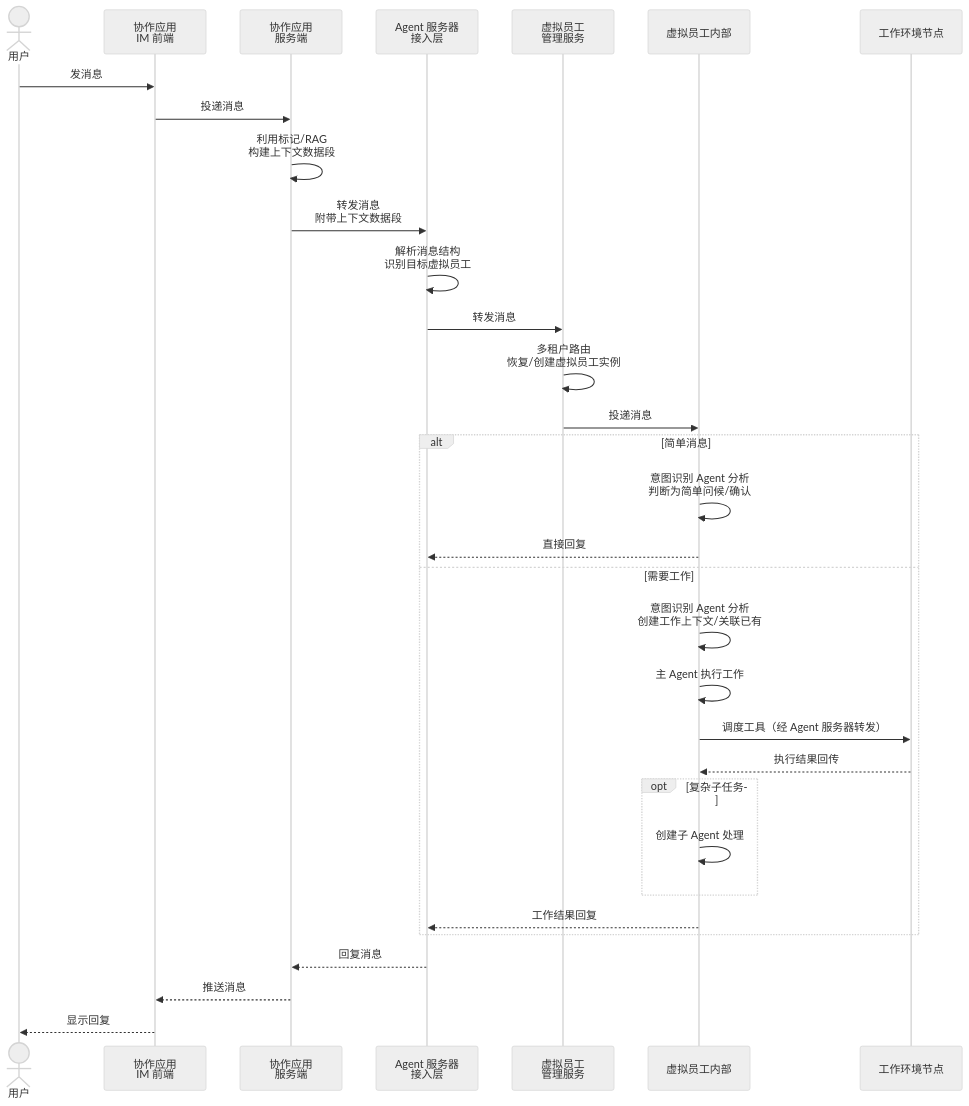
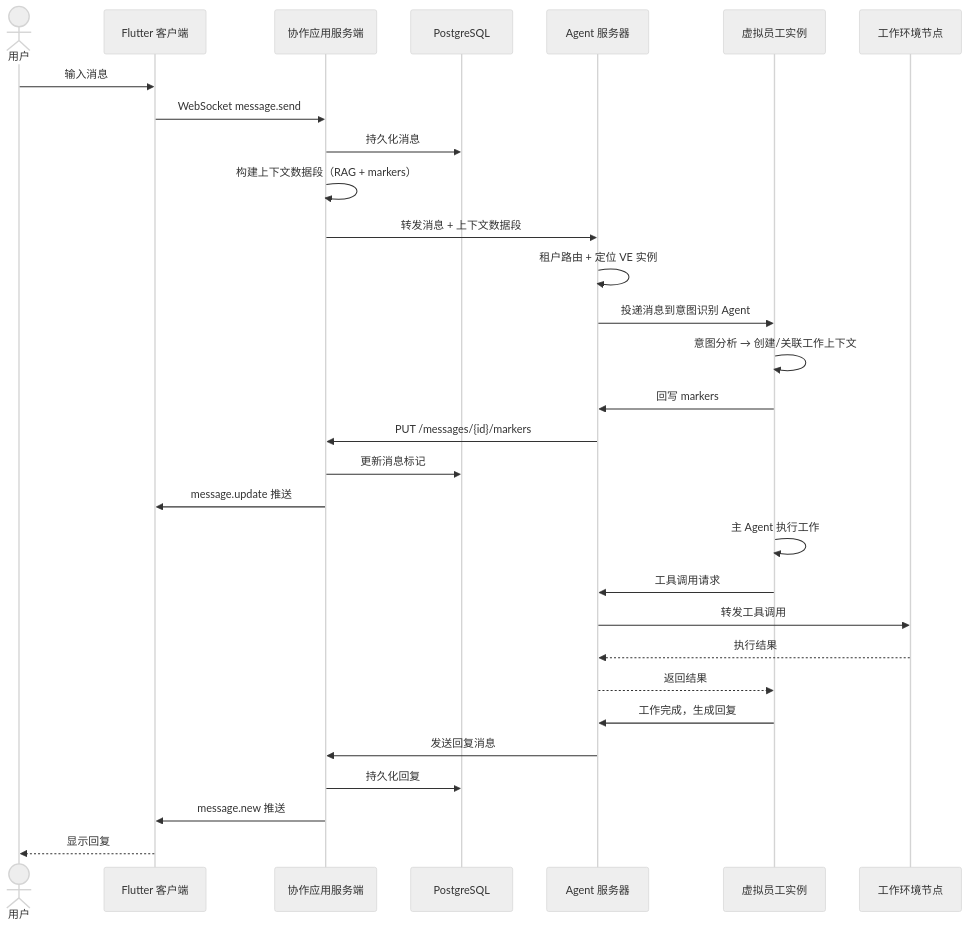
Before and after one commit to chongyi/virtual-team-architecture: the third of 5 diagrams in virtual-team/src/03-system-architecture.md, drawn with Mermaid (neutral theme). The commit also changed other lines of this file and 5 other files, not shown here.

````diff
--- a/virtual-team/src/03-system-architecture.md
+++ b/virtual-team/src/03-system-architecture.md
@@ -63,39 +145,35 @@
 ```mermaid
 sequenceDiagram
     actor User as 用户
-    participant Frontend as 协作应用<br/>IM 前端
-    participant AppSvr as 协作应用<br/>服务端
-    participant Access as Agent 服务器<br/>接入层
-    participant VEMgmt as 虚拟员工<br/>管理服务
-    participant VE as 虚拟员工内部
+    participant FE as Flutter 客户端
+    participant Collab as 协作应用服务端
+    participant PG as PostgreSQL
+    participant Agent as Agent 服务器
+    participant VE as 虚拟员工实例
     participant WEN as 工作环境节点
 
-    User->>Frontend: 发消息
-    Frontend->>AppSvr: 投递消息
-    AppSvr->>AppSvr: 利用标记/RAG<br/>构建上下文数据段
-    AppSvr->>Access: 转发消息<br/>附带上下文数据段
+    User->>FE: 输入消息
+    FE->>Collab: WebSocket message.send
+    Collab->>PG: 持久化消息
+    Collab->>Collab: 构建上下文数据段（RAG + markers）
+    Collab->>Agent: 转发消息 + 上下文数据段
+    Agent->>Agent: 租户路由 + 定位 VE 实例
+    Agent->>VE: 投递消息到意图识别 Agent
+    VE->>VE: 意图分析 → 创建/关联工作上下文
+    VE->>Agent: 回写 markers
+    Agent->>Collab: PUT /messages/{id}/markers
+    Collab->>PG: 更新消息标记
+    Collab->>FE: message.update 推送
 
-    Access->>Access: 解析消息结构<br/>识别目标虚拟员工
-    Access->>VEMgmt: 转发消息
+    VE->>VE: 主 Agent 执行工作
+    VE->>Agent: 工具调用请求
+    Agent->>WEN: 转发工具调用
+    WEN-->>Agent: 执行结果
+    Agent-->>VE: 返回结果
 
-    VEMgmt->>VEMgmt: 多租户路由<br/>恢复/创建虚拟员工实例
-    VEMgmt->>VE: 投递消息
-
-    alt 简单消息
-        VE->>VE: 意图识别 Agent 分析<br/>判断为简单问候/确认
-        VE-->>Access: 直接回复
-    else 需要工作
-        VE->>VE: 意图识别 Agent 分析<br/>创建工作上下文/关联已有
-        VE->>VE: 主 Agent 执行工作
-        VE->>WEN: 调度工具（经 Agent 服务器转发）
-        WEN-->>VE: 执行结果回传
-        opt 复杂子任务
-            VE->>VE: 创建子 Agent 处理
-        end
-        VE-->>Access: 工作结果回复
-    end
-
-    Access-->>AppSvr: 回复消息
-    AppSvr-->>Frontend: 推送消息
-    Frontend-->>User: 显示回复
+    VE->>Agent: 工作完成，生成回复
+    Agent->>Collab: 发送回复消息
+    Collab->>PG: 持久化回复
+    Collab->>FE: message.new 推送
+    FE-->>User: 显示回复
 ```
````
